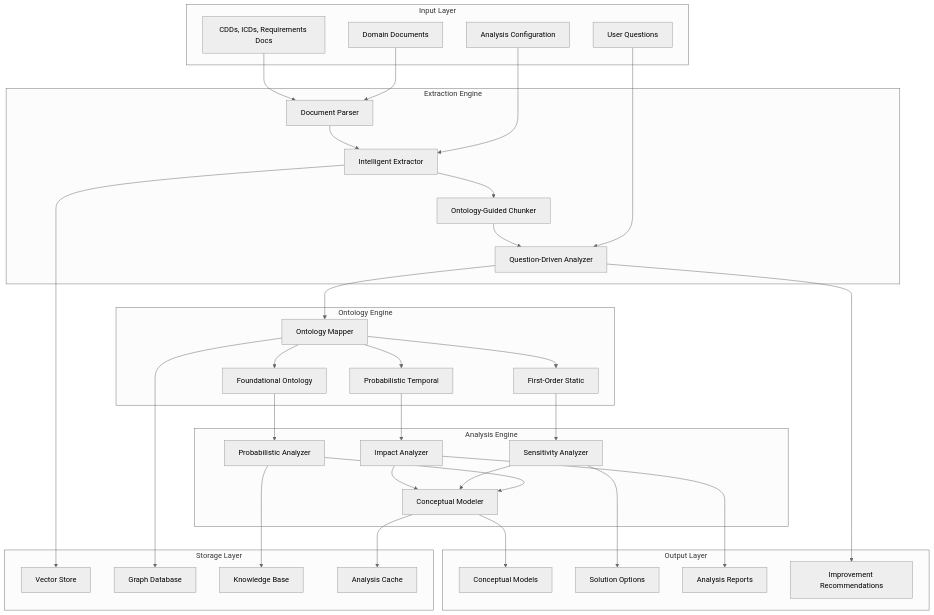
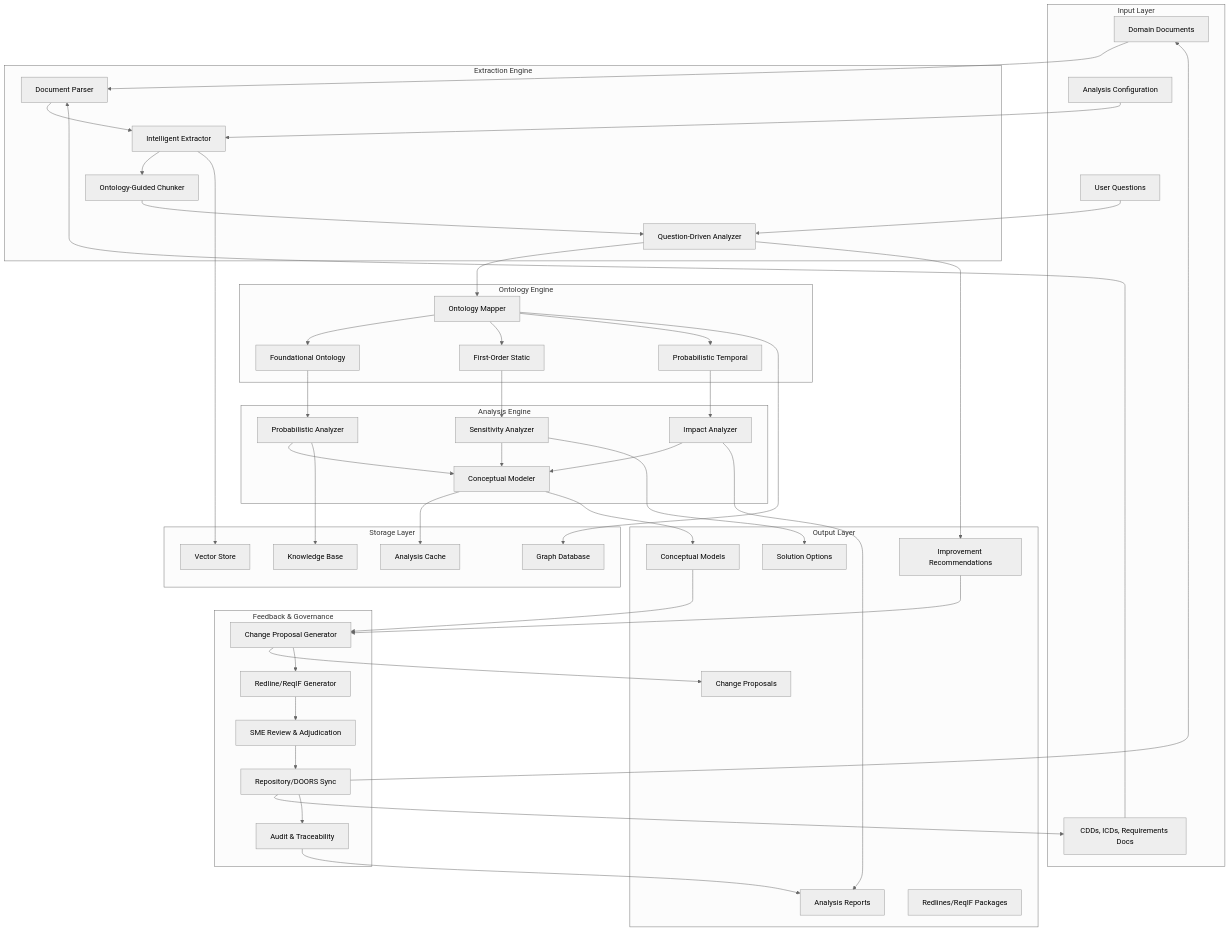
One commit to laserpointlabs/ODRAS changed the diagram in docs/Ontology-Driven Requirements Analysis System (ODRAS).md. Above: the diagram before and after it, drawn with Mermaid (neutral theme). The commit also changed other lines of this file and 6 other files, not shown here.

````diff
--- a/docs/Ontology-Driven Requirements Analysis System (ODRAS).md
+++ b/docs/Ontology-Driven Requirements Analysis System (ODRAS).md
@@ -81,6 +83,16 @@
         SOLUTIONS[Solution Options]
         REPORTS[Analysis Reports]
         RECOMMENDATIONS[Improvement Recommendations]
+        CHANGE_PROPOSALS[Change Proposals]
+        REDLINES[Redlines/ReqIF Packages]
+    end
+
+    subgraph "Feedback & Governance"
+        PROPOSER[Change Proposal Generator]
+        REDLINE[Redline/ReqIF Generator]
+        REVIEW[SME Review & Adjudication]
+        SYNC[Repository/DOORS Sync]
+        AUDIT[Audit & Traceability]
     end
     
     DOC --> PARSER
@@ -114,4 +126,15 @@
     SENSITIVITY --> SOLUTIONS
     IMPACT --> REPORTS
     QA --> RECOMMENDATIONS
+
+    RECOMMENDATIONS --> PROPOSER
+    MODELS --> PROPOSER
+    PROPOSER --> CHANGE_PROPOSALS
+    PROPOSER --> REDLINE
+    REDLINE --> REVIEW
+    REVIEW --> SYNC
+    SYNC --> DOC
+    SYNC --> CDD
+    SYNC --> AUDIT
+    AUDIT --> REPORTS
 ```
````
